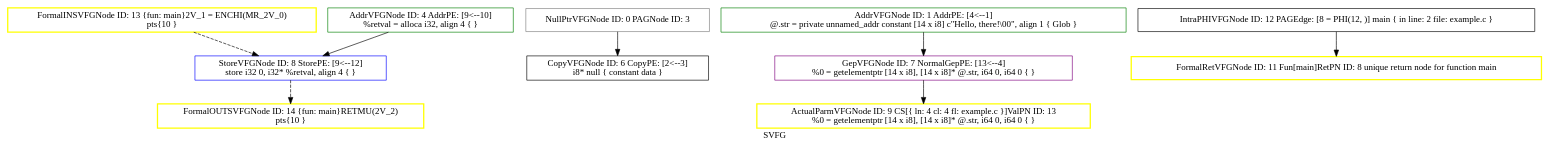
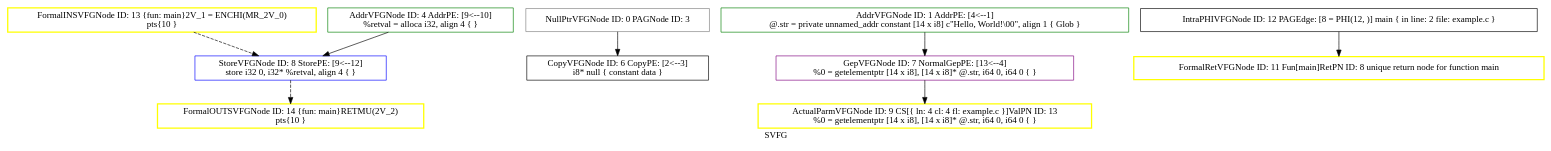
Before and after one commit to joshua-sy/CapstoneProject: the diagram in svfg.dot, drawn with Graphviz. The commit also changed 9 other files, not shown here.

Commit message:
Add ability to close graph tabs

```diff
--- a/svfg.dot
+++ b/svfg.dot
@@ -1,22 +1,22 @@
 digraph "SVFG" {
 	label="SVFG";
 
-	Node0x563472df69c0 [shape=record,color=yellow,penwidth=2,label="{FormalOUTSVFGNode ID: 14 \{fun: main\}RETMU(2V_2)\npts\{10 \}\n}"];
-	Node0x563472df6550 [shape=record,color=yellow,penwidth=2,label="{FormalINSVFGNode ID: 13 \{fun: main\}2V_1 = ENCHI(MR_2V_0)\npts\{10 \}\n}"];
-	Node0x563472df6550 -> Node0x563472e3ab30[style=dashed];
-	Node0x563472e2f7e0 [shape=record,color=grey,label="{NullPtrVFGNode ID: 0 PAGNode ID: 3\n}"];
-	Node0x563472e2f7e0 -> Node0x563472e3a870[style=solid];
-	Node0x563472e2f1f0 [shape=record,color=green,label="{AddrVFGNode ID: 1 AddrPE: [4\<--1]  \n @.str = private unnamed_addr constant [14 x i8] c\"Hello, there!\\00\", align 1 \{ Glob  \}}"];
-	Node0x563472e2f1f0 -> Node0x563472e3a9d0[style=solid];
-	Node0x563472e3a4d0 [shape=record,color=green,label="{AddrVFGNode ID: 4 AddrPE: [9\<--10]  \n   %retval = alloca i32, align 4 \{  \}}"];
-	Node0x563472e3a4d0 -> Node0x563472e3ab30[style=solid];
-	Node0x563472e3a870 [shape=record,color=black,label="{CopyVFGNode ID: 6 CopyPE: [2\<--3]  \n i8* null \{ constant data \}}"];
-	Node0x563472e3a9d0 [shape=record,color=purple,label="{GepVFGNode ID: 7 NormalGepPE: [13\<--4]  \n   %0 = getelementptr [14 x i8], [14 x i8]* @.str, i64 0, i64 0 \{  \}}"];
-	Node0x563472e3a9d0 -> Node0x563472e3ac60[style=solid];
-	Node0x563472e3ab30 [shape=record,color=blue,label="{StoreVFGNode ID: 8 StorePE: [9\<--12]  \n   store i32 0, i32* %retval, align 4 \{  \}}"];
-	Node0x563472e3ab30 -> Node0x563472df69c0[style=dashed];
-	Node0x563472e3ac60 [shape=record,color=yellow,penwidth=2,label="{ActualParmVFGNode ID: 9 CS[\{ ln: 4  cl: 4  fl: example.c \}]ValPN ID: 13\n   %0 = getelementptr [14 x i8], [14 x i8]* @.str, i64 0, i64 0 \{  \}}"];
-	Node0x563472e3afd0 [shape=record,color=yellow,penwidth=2,label="{FormalRetVFGNode ID: 11 Fun[main]RetPN ID: 8 unique return node for function main}"];
-	Node0x563472e2f870 [shape=record,color=black,label="{IntraPHIVFGNode ID: 12 PAGEdge: [8 = PHI(12, )]    main \{ in line: 2 file: example.c \}}"];
-	Node0x563472e2f870 -> Node0x563472e3afd0[style=solid];
+	Node0x55fc43c979c0 [shape=record,color=yellow,penwidth=2,label="{FormalOUTSVFGNode ID: 14 \{fun: main\}RETMU(2V_2)\npts\{10 \}\n}"];
+	Node0x55fc43c97550 [shape=record,color=yellow,penwidth=2,label="{FormalINSVFGNode ID: 13 \{fun: main\}2V_1 = ENCHI(MR_2V_0)\npts\{10 \}\n}"];
+	Node0x55fc43c97550 -> Node0x55fc43cdbb30[style=dashed];
+	Node0x55fc43cd07e0 [shape=record,color=grey,label="{NullPtrVFGNode ID: 0 PAGNode ID: 3\n}"];
+	Node0x55fc43cd07e0 -> Node0x55fc43cdb870[style=solid];
+	Node0x55fc43cd01f0 [shape=record,color=green,label="{AddrVFGNode ID: 1 AddrPE: [4\<--1]  \n @.str = private unnamed_addr constant [14 x i8] c\"Hello, World!\\00\", align 1 \{ Glob  \}}"];
+	Node0x55fc43cd01f0 -> Node0x55fc43cdb9d0[style=solid];
+	Node0x55fc43cdb4d0 [shape=record,color=green,label="{AddrVFGNode ID: 4 AddrPE: [9\<--10]  \n   %retval = alloca i32, align 4 \{  \}}"];
+	Node0x55fc43cdb4d0 -> Node0x55fc43cdbb30[style=solid];
+	Node0x55fc43cdb870 [shape=record,color=black,label="{CopyVFGNode ID: 6 CopyPE: [2\<--3]  \n i8* null \{ constant data \}}"];
+	Node0x55fc43cdb9d0 [shape=record,color=purple,label="{GepVFGNode ID: 7 NormalGepPE: [13\<--4]  \n   %0 = getelementptr [14 x i8], [14 x i8]* @.str, i64 0, i64 0 \{  \}}"];
+	Node0x55fc43cdb9d0 -> Node0x55fc43cdbc60[style=solid];
+	Node0x55fc43cdbb30 [shape=record,color=blue,label="{StoreVFGNode ID: 8 StorePE: [9\<--12]  \n   store i32 0, i32* %retval, align 4 \{  \}}"];
+	Node0x55fc43cdbb30 -> Node0x55fc43c979c0[style=dashed];
+	Node0x55fc43cdbc60 [shape=record,color=yellow,penwidth=2,label="{ActualParmVFGNode ID: 9 CS[\{ ln: 4  cl: 4  fl: example.c \}]ValPN ID: 13\n   %0 = getelementptr [14 x i8], [14 x i8]* @.str, i64 0, i64 0 \{  \}}"];
+	Node0x55fc43cdbfd0 [shape=record,color=yellow,penwidth=2,label="{FormalRetVFGNode ID: 11 Fun[main]RetPN ID: 8 unique return node for function main}"];
+	Node0x55fc43cd0870 [shape=record,color=black,label="{IntraPHIVFGNode ID: 12 PAGEdge: [8 = PHI(12, )]    main \{ in line: 2 file: example.c \}}"];
+	Node0x55fc43cd0870 -> Node0x55fc43cdbfd0[style=solid];
 }
```
